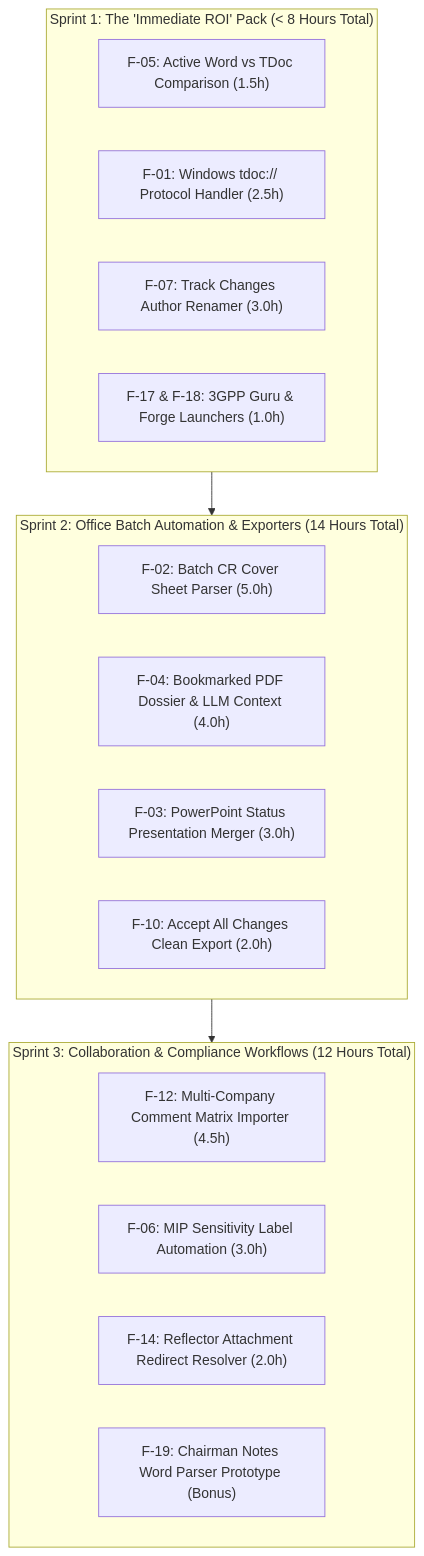
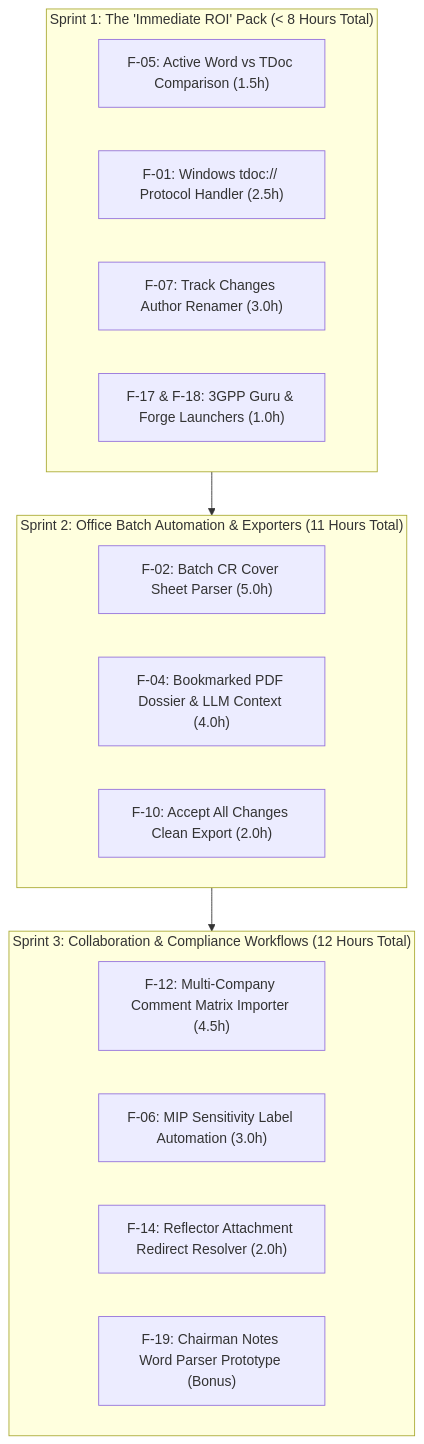
The second of 2 diagrams in 3GPP Tools/docs/legacy_features/VALUE_ANALYSIS.md (telekom/3gpp-meeting-tools), drawn with Mermaid before and after one commit. The commit also changed other lines of this file and 4 other files, not shown here.

First line of the commit message:
docs: deprecate legacy feature F-03 PowerPoint presentation merger

````diff
--- a/3GPP Tools/docs/legacy_features/VALUE_ANALYSIS.md
+++ b/3GPP Tools/docs/legacy_features/VALUE_ANALYSIS.md
@@ -239,25 +242,24 @@
 ```mermaid
 flowchart TD
     subgraph S1["Sprint 1: The 'Immediate ROI' Pack (< 8 Hours Total)"]
         S1_1["F-05: Active Word vs TDoc Comparison (1.5h)"]
         S1_2["F-01: Windows tdoc:// Protocol Handler (2.5h)"]
         S1_3["F-07: Track Changes Author Renamer (3.0h)"]
         S1_4["F-17 & F-18: 3GPP Guru & Forge Launchers (1.0h)"]
     end
 
-    subgraph S2["Sprint 2: Office Batch Automation & Exporters (14 Hours Total)"]
+    subgraph S2["Sprint 2: Office Batch Automation & Exporters (11 Hours Total)"]
         S2_1["F-02: Batch CR Cover Sheet Parser (5.0h)"]
         S2_2["F-04: Bookmarked PDF Dossier & LLM Context (4.0h)"]
-        S2_3["F-03: PowerPoint Status Presentation Merger (3.0h)"]
-        S2_4["F-10: Accept All Changes Clean Export (2.0h)"]
+        S2_3["F-10: Accept All Changes Clean Export (2.0h)"]
     end
 
     subgraph S3["Sprint 3: Collaboration & Compliance Workflows (12 Hours Total)"]
         S3_1["F-12: Multi-Company Comment Matrix Importer (4.5h)"]
         S3_2["F-06: MIP Sensitivity Label Automation (3.0h)"]
         S3_3["F-14: Reflector Attachment Redirect Resolver (2.0h)"]
         S3_4["F-19: Chairman Notes Word Parser Prototype (Bonus)"]
     end
 
     S1 --> S2 --> S3
 ```
````
